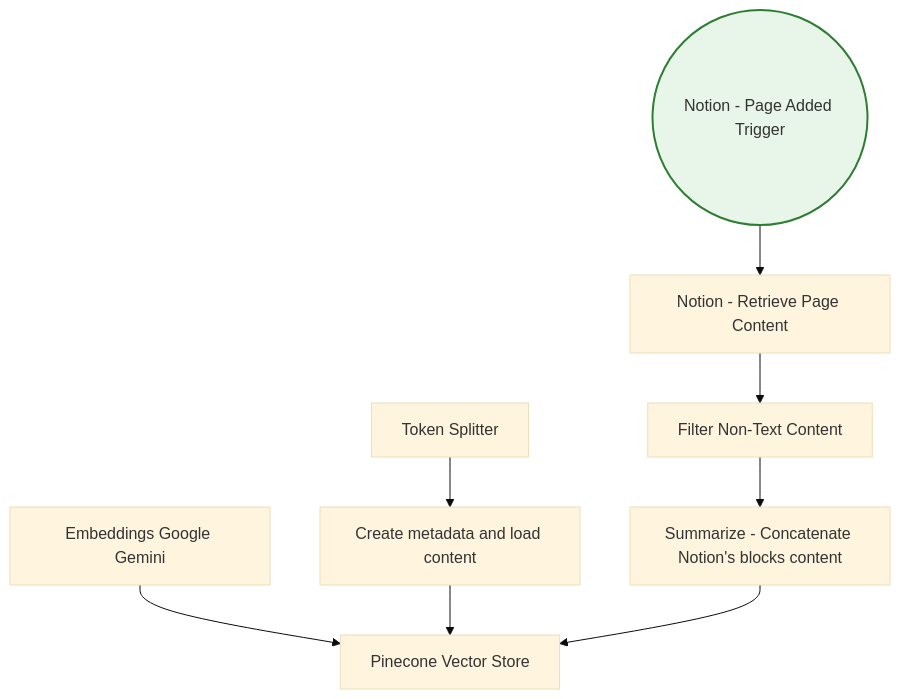
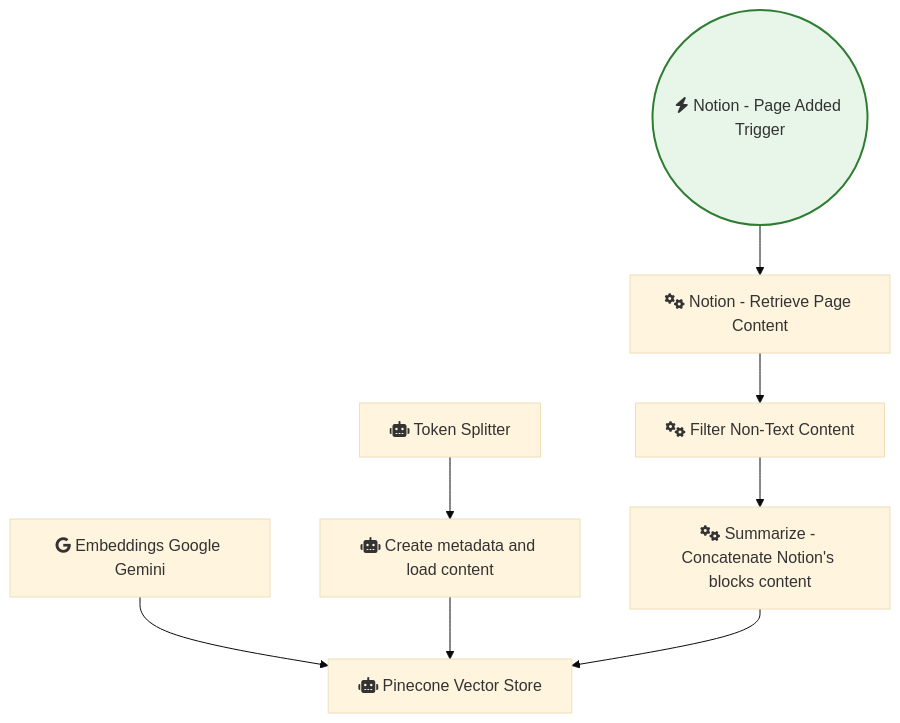
Before and after one commit to sreyash3105/N8N-DEMO-AUTOMATIONS: the diagram in Notion/Prod Notion to Vector Store - Dimension 768.md, drawn with Mermaid (base theme). The commit also changed 291 other files, not shown here.

````diff
--- a/Notion/Prod Notion to Vector Store - Dimension 768.md
+++ b/Notion/Prod Notion to Vector Store - Dimension 768.md
@@ -1,23 +1,23 @@
 ```mermaid
 graph TD
     classDef trigger fill:#e8f5e9,stroke:#2e7d32,stroke-width:2px;
     classDef ai fill:#e3f2fd,stroke:#1565c0,stroke-width:2px;
     classDef logic fill:#fff3e0,stroke:#ef6c00,stroke-width:2px;
 
-    Token_Splitter["Token Splitter"]
-    Notion___Page_Added_Trigger(("Notion - Page Added Trigger")):::trigger
-    Notion___Retrieve_Page_Content["Notion - Retrieve Page Content"]
-    Filter_Non_Text_Content["Filter Non-Text Content"]
-    Summarize___Concatenate_Notion_s_blocks_content["Summarize - Concatenate Notion's blocks content"]
-    Create_metadata_and_load_content["Create metadata and load content"]
-    Embeddings_Google_Gemini["Embeddings Google Gemini"]
-    Pinecone_Vector_Store["Pinecone Vector Store"]
+    Token_Splitter["fas:fa-robot Token Splitter"]
+    Notion___Page_Added_Trigger(("fas:fa-bolt Notion - Page Added Trigger")):::trigger
+    Notion___Retrieve_Page_Content["fas:fa-cogs Notion - Retrieve Page Content"]
+    Filter_Non_Text_Content["fas:fa-cogs Filter Non-Text Content"]
+    Summarize___Concatenate_Notion_s_blocks_content["fas:fa-cogs Summarize - Concatenate Notion's blocks content"]
+    Create_metadata_and_load_content["fas:fa-robot Create metadata and load content"]
+    Embeddings_Google_Gemini["fab:fa-google Embeddings Google Gemini"]
+    Pinecone_Vector_Store["fas:fa-robot Pinecone Vector Store"]
 
     Token_Splitter --> Create_metadata_and_load_content
     Filter_Non_Text_Content --> Summarize___Concatenate_Notion_s_blocks_content
     Embeddings_Google_Gemini --> Pinecone_Vector_Store
     Notion___Page_Added_Trigger --> Notion___Retrieve_Page_Content
     Notion___Retrieve_Page_Content --> Filter_Non_Text_Content
     Create_metadata_and_load_content --> Pinecone_Vector_Store
     Summarize___Concatenate_Notion_s_blocks_content --> Pinecone_Vector_Store
 ```
````
